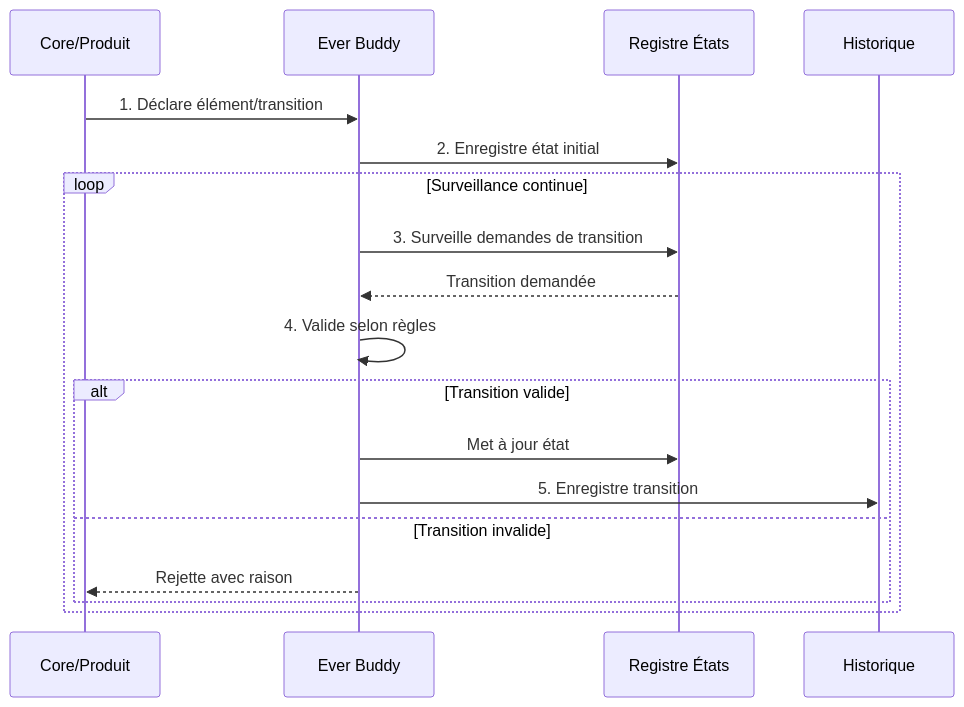
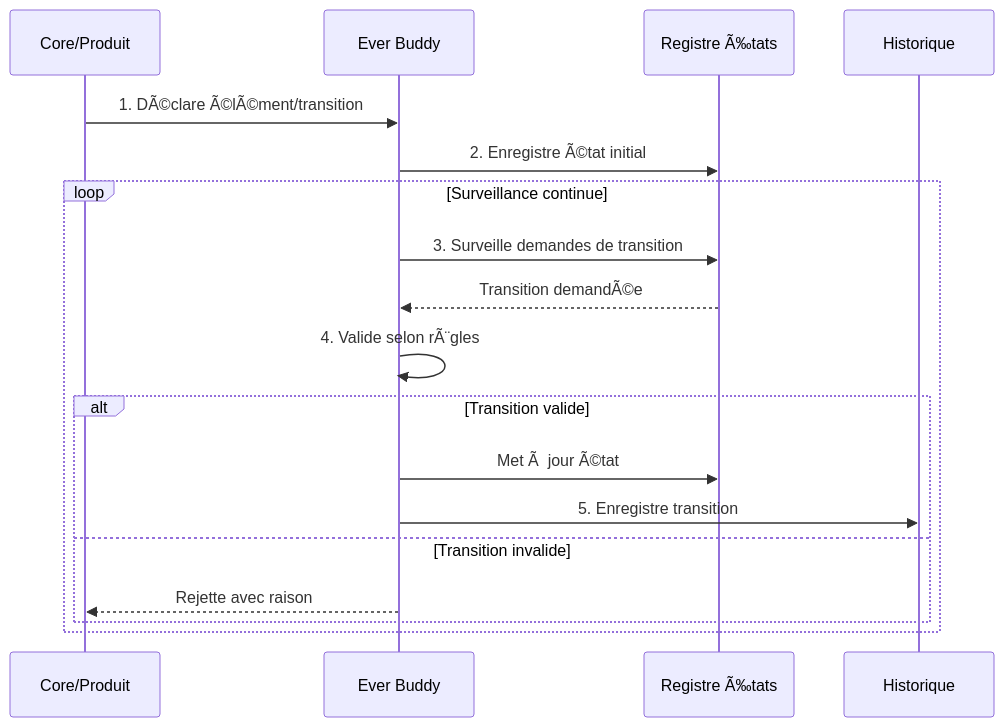
Before and after one commit to StudioMiyukini/miyukini_cog: the second of 6 diagrams in docs/cores/EverBuddy/architecture/Ever Buddy - Evolution Flows.md, drawn with Mermaid. The commit also changed other lines of this file and 1287 other files, not shown here.

````diff
--- a/docs/cores/EverBuddy/architecture/Ever Buddy - Evolution Flows.md
+++ b/docs/cores/EverBuddy/architecture/Ever Buddy - Evolution Flows.md
@@ -110,22 +110,22 @@
 ```mermaid
 sequenceDiagram
     participant Source as Core/Produit
     participant EB as Ever Buddy
-    participant Reg as Registre États
+    participant Reg as Registre Ã‰tats
     participant His as Historique
 
-    Source->>EB: 1. Déclare élément/transition
-    EB->>Reg: 2. Enregistre état initial
+    Source->>EB: 1. DÃ©clare Ã©lÃ©ment/transition
+    EB->>Reg: 2. Enregistre Ã©tat initial
     
     loop Surveillance continue
         EB->>Reg: 3. Surveille demandes de transition
-        Reg-->>EB: Transition demandée
-        EB->>EB: 4. Valide selon règles
+        Reg-->>EB: Transition demandÃ©e
+        EB->>EB: 4. Valide selon rÃ¨gles
         alt Transition valide
-            EB->>Reg: Met à jour état
+            EB->>Reg: Met Ã  jour Ã©tat
             EB->>His: 5. Enregistre transition
         else Transition invalide
             EB-->>Source: Rejette avec raison
         end
     end
 ```
````
